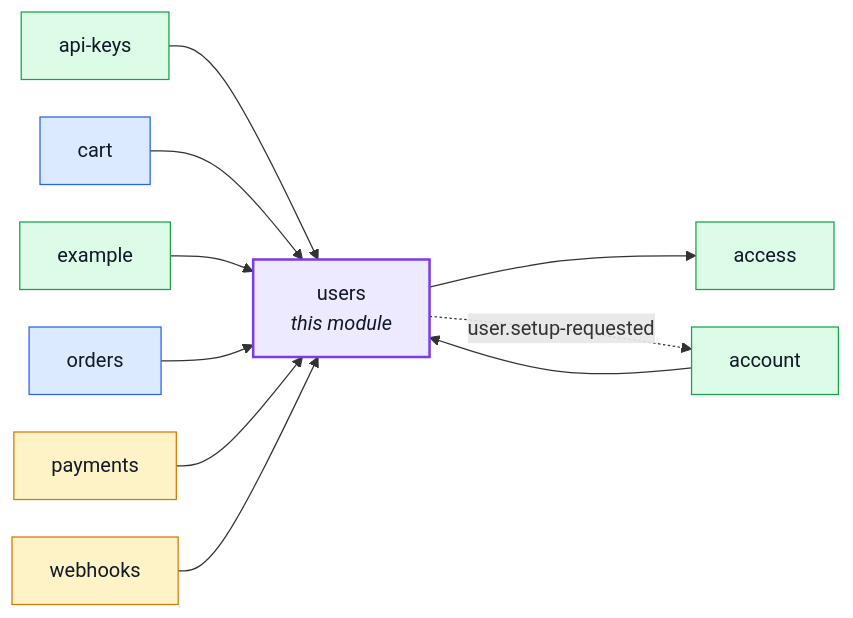
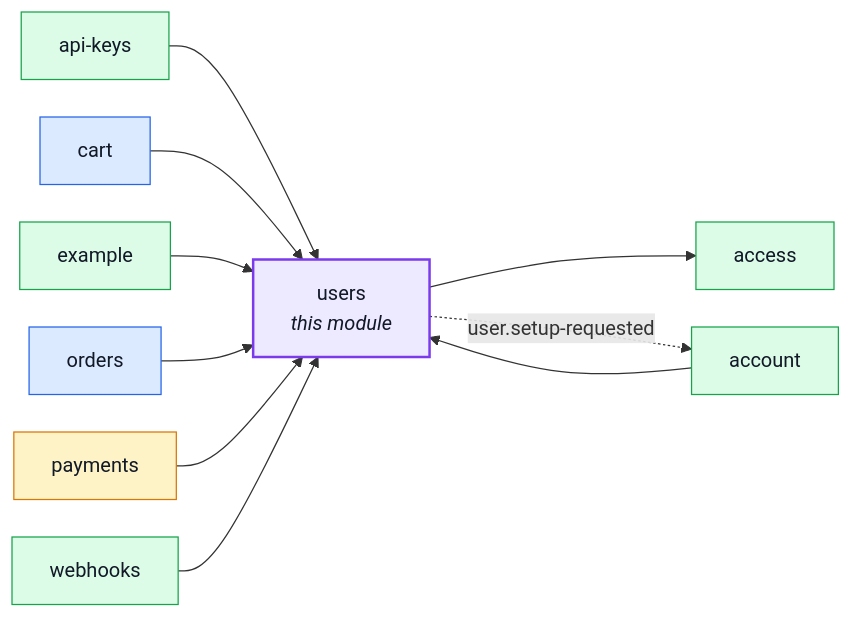
One commit to Guebbit/boilerplate-node-backend changed the diagram in docs/modules/users.md. Above: the diagram before and after it, drawn with Mermaid. The commit also changed 4 other files, not shown here.

First line of the commit message:
docs(modules): file webhooks as generic and say the kernel is mongo-only

````diff
--- a/docs/modules/users.md
+++ b/docs/modules/users.md
@@ -16,32 +16,32 @@
 ```mermaid
 %%{init: {'flowchart': {'nodeSpacing': 30, 'rankSpacing': 60}}}%%
 flowchart LR
     users["users<br/><i>this module</i>"]
     access["access"]
     account["account"]
     api_keys["api-keys"]
     cart["cart"]
     example["example"]
     orders["orders"]
     payments["payments"]
     webhooks["webhooks"]
 
     account --> users
     api_keys --> users
     cart --> users
     example --> users
     orders --> users
     payments --> users
     webhooks --> users
     users --> access
     users -. "user.setup-requested" .-> account
 
     classDef core fill:#dbeafe,stroke:#2563eb,color:#111827;
     classDef supporting fill:#fef3c7,stroke:#d97706,color:#111827;
     classDef generic fill:#dcfce7,stroke:#16a34a,color:#111827;
     classDef centre fill:#ede9fe,stroke:#7c3aed,stroke-width:2px,color:#111827;
     class cart,orders core;
-    class payments,webhooks supporting;
-    class access,account,api_keys,example generic;
+    class payments supporting;
+    class access,account,api_keys,example,webhooks generic;
     class users centre;
 ```
````
